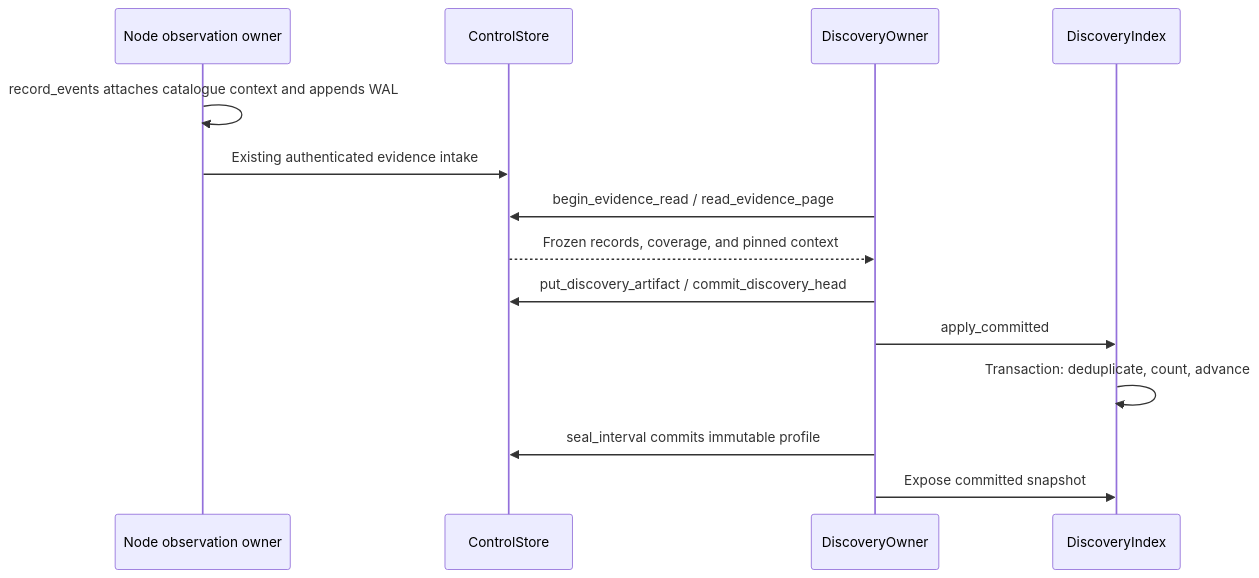
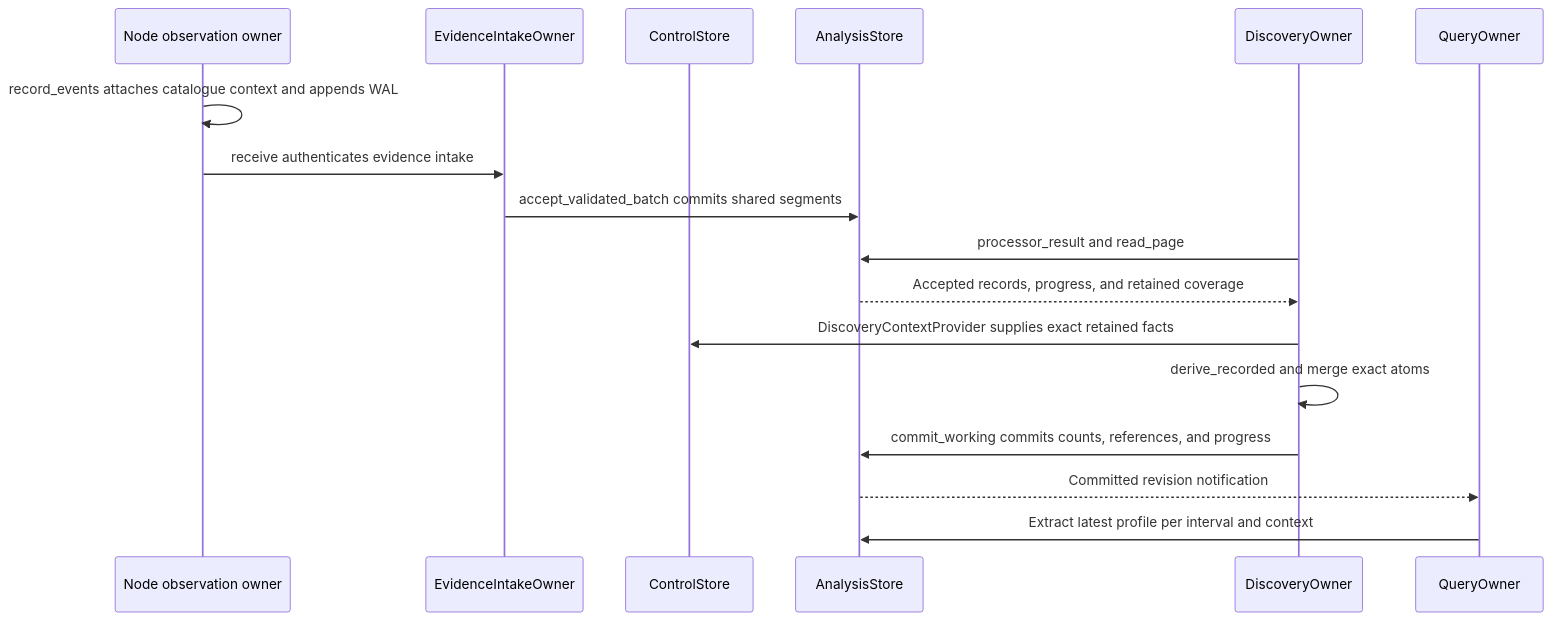
Before and after one commit to Ereborlabs/erebor-runtime: the third of 5 diagrams in docs/plans/mithril-hugging-face-intrusion-prevention/phase-7-mithril-control-and-detection-packages/implementation-review.md, drawn with Mermaid. The commit also changed other lines of this file and 6 other files, not shown here.

````diff
--- a/docs/plans/mithril-hugging-face-intrusion-prevention/phase-7-mithril-control-and-detection-packages/implementation-review.md
+++ b/docs/plans/mithril-hugging-face-intrusion-prevention/phase-7-mithril-control-and-detection-packages/implementation-review.md
@@ -2360,16 +2442,19 @@
 ```mermaid
 sequenceDiagram
     participant N as Node observation owner
+    participant E as EvidenceIntakeOwner
     participant S as ControlStore
+    participant A as AnalysisStore
     participant D as DiscoveryOwner
-    participant Q as DiscoveryIndex
+    participant Q as QueryOwner
     N->>N: record_events attaches catalogue context and appends WAL
-    N->>S: Existing authenticated evidence intake
-    D->>S: begin_evidence_read / read_evidence_page
-    S-->>D: Frozen records, coverage, and pinned context
-    D->>S: put_discovery_artifact / commit_discovery_head
-    D->>Q: apply_committed
-    Q->>Q: Transaction: deduplicate, count, advance
-    D->>S: seal_interval commits immutable profile
-    D->>Q: Expose committed snapshot
+    N->>E: receive authenticates evidence intake
+    E->>A: accept_validated_batch commits shared segments
+    D->>A: processor_result and read_page
+    A-->>D: Accepted records, progress, and retained coverage
+    D->>S: DiscoveryContextProvider supplies exact retained facts
+    D->>D: derive_recorded and merge exact atoms
+    D->>A: commit_working commits counts, references, and progress
+    A-->>Q: Committed revision notification
+    Q->>A: Extract latest profile per interval and context
 ```
````
